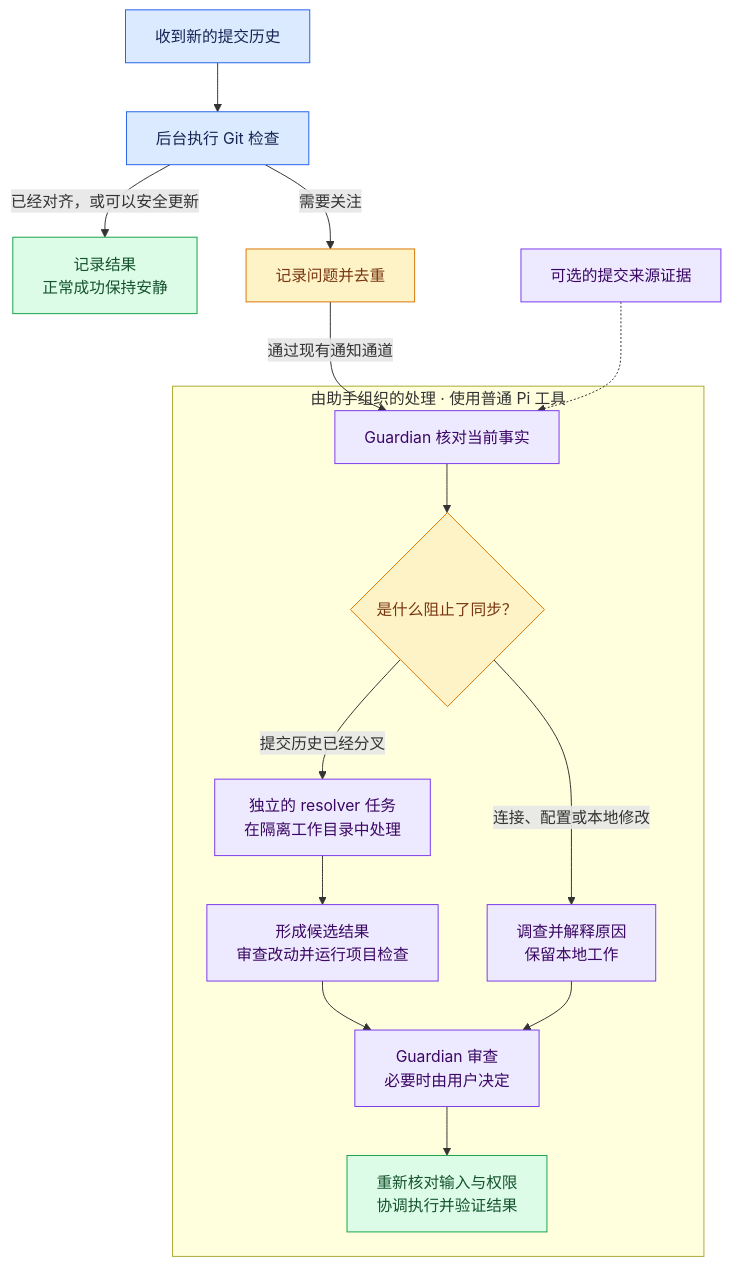
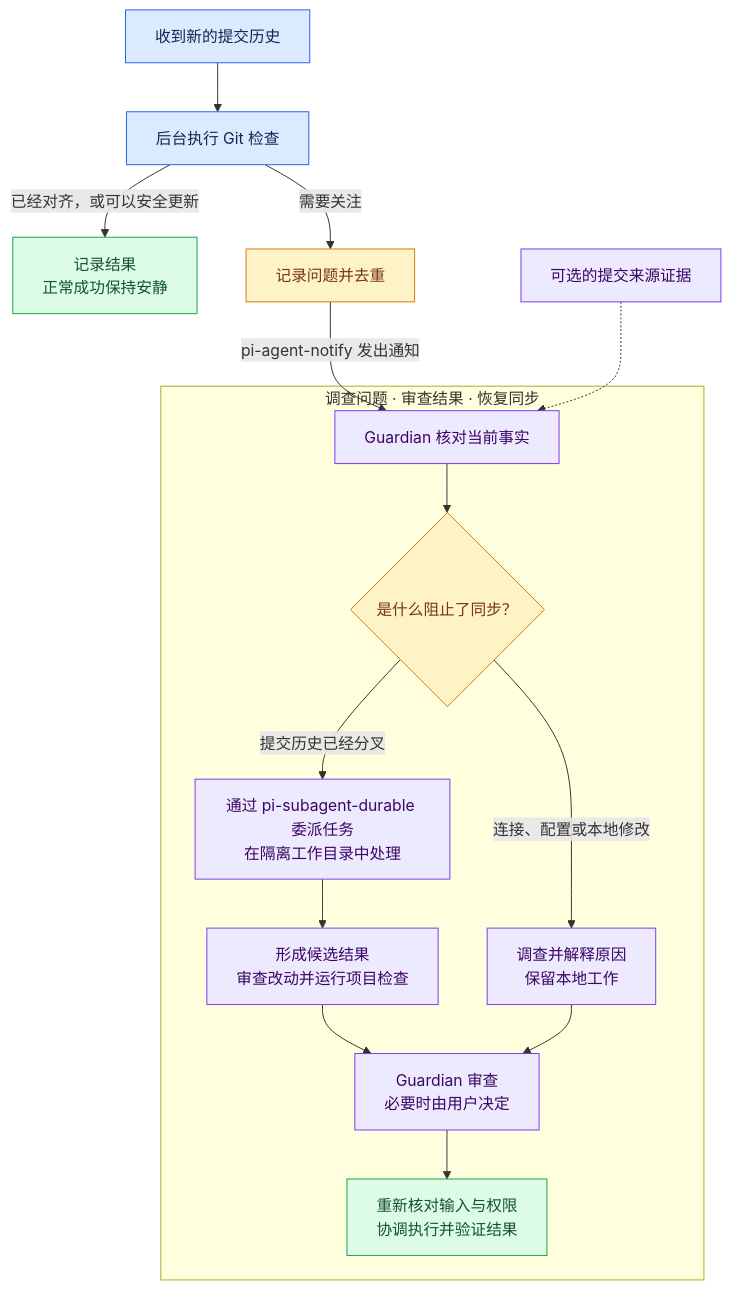
The second of 2 diagrams in README.zh-CN.md (roshameow/git-sync), drawn with Mermaid before and after one commit. The commit also changed other lines of this file and 2 other files, not shown here.

Commit message:
docs: explain Guardian benefits and explicit setup dependencies

````diff
--- a/README.zh-CN.md
+++ b/README.zh-CN.md
@@ -96,28 +100,28 @@
 ```mermaid
 flowchart TB
     RECEIVE["收到新的提交历史"] --> CHECK["后台执行 Git 检查"]
     CHECK -->|"已经对齐，或可以安全更新"| QUIET["记录结果<br/>正常成功保持安静"]
     CHECK -->|"需要关注"| ISSUE["记录问题并去重"]
-    ISSUE -->|"通过现有通知通道"| GUARD["Guardian 核对当前事实"]
+    ISSUE -->|"pi-agent-notify 发出通知"| GUARD["Guardian 核对当前事实"]
 
-    subgraph ASSIST["由助手组织的处理 · 使用普通 Pi 工具"]
+    subgraph ASSIST["调查问题 · 审查结果 · 恢复同步"]
         GUARD --> KIND{"是什么阻止了同步？"}
         KIND -->|"连接、配置或本地修改"| PLAN["调查并解释原因<br/>保留本地工作"]
-        KIND -->|"提交历史已经分叉"| RESOLVE["独立的 resolver 任务<br/>在隔离工作目录中处理"]
+        KIND -->|"提交历史已经分叉"| RESOLVE["通过 pi-subagent-durable 委派任务<br/>在隔离工作目录中处理"]
         RESOLVE --> TEST["形成候选结果<br/>审查改动并运行项目检查"]
         TEST --> REVIEW["Guardian 审查<br/>必要时由用户决定"]
         PLAN --> REVIEW
         REVIEW --> VERIFY["重新核对输入与权限<br/>协调执行并验证结果"]
     end
 
     EVIDENCE["可选的提交来源证据"] -.-> GUARD
 
     classDef routine fill:#dbeafe,stroke:#2563eb,color:#172554
     classDef success fill:#dcfce7,stroke:#16a34a,color:#14532d
     classDef attention fill:#fef3c7,stroke:#d97706,color:#78350f
     classDef assistant fill:#ede9fe,stroke:#7c3aed,color:#3b0764
     class RECEIVE,CHECK routine
     class QUIET,VERIFY success
     class ISSUE,KIND attention
     class GUARD,PLAN,RESOLVE,TEST,REVIEW,EVIDENCE assistant
 ```
````
